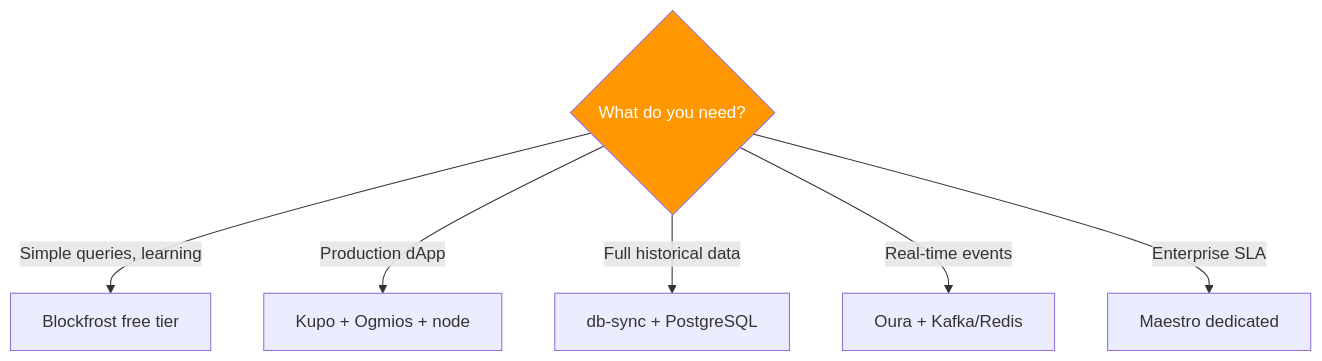
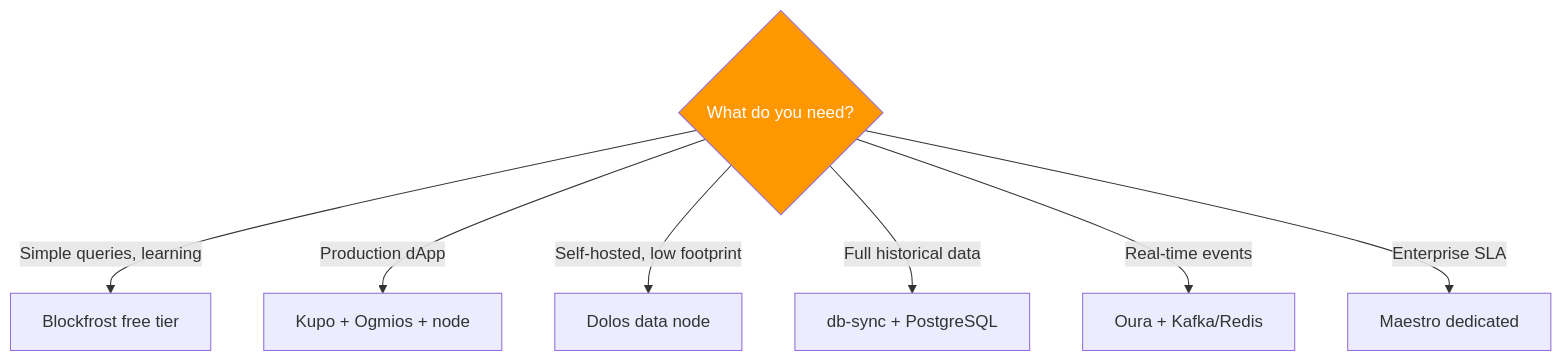
The third of 3 diagrams in docs/developers/curriculum/production/infrastructure.md (cardano-foundation/developer-portal), drawn with Mermaid before and after one commit. The commit also changed other lines of this file and 4 other files, not shown here.

Commit message:
Module 7: document Dolos and the data node middle path

````diff
--- a/docs/developers/curriculum/production/infrastructure.md
+++ b/docs/developers/curriculum/production/infrastructure.md
@@ -112,9 +115,10 @@
 ```mermaid
 graph TD
     Q{What do you need?} -->|Simple queries, learning| BF[Blockfrost free tier]
     Q -->|Production dApp| KO[Kupo + Ogmios + node]
+    Q -->|Self-hosted, low footprint| DO[Dolos data node]
     Q -->|Full historical data| DB[db-sync + PostgreSQL]
     Q -->|Real-time events| OU[Oura + Kafka/Redis]
     Q -->|Enterprise SLA| MA[Maestro dedicated]
     style Q fill:#FF9800,color:#fff
 ```
````
